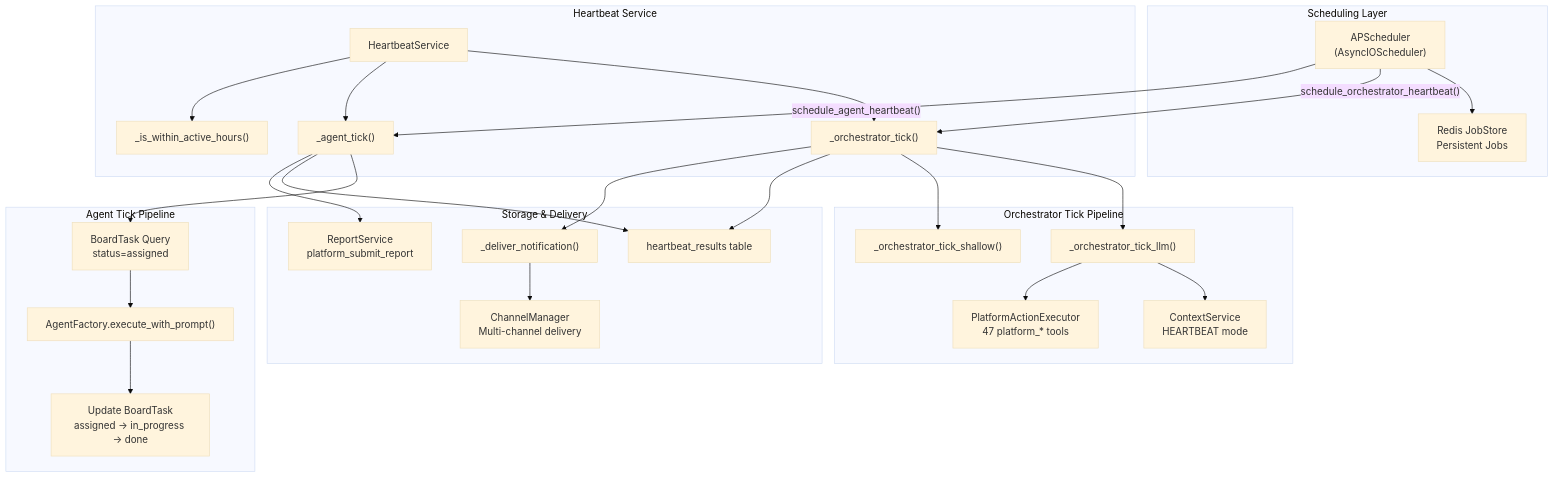
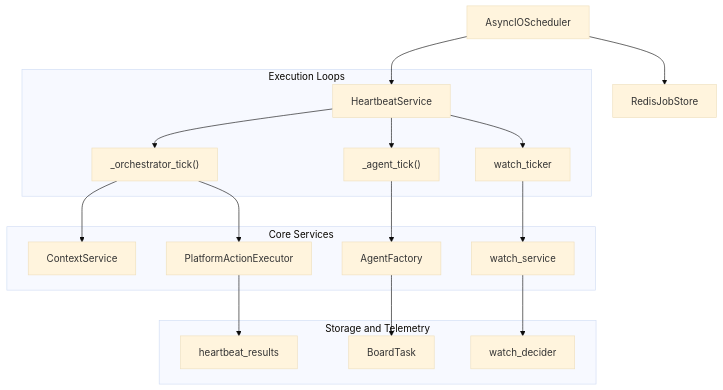
The diagram in docs/heartbeat-proactive-assistant/_index.md (AutomatosAI/automatos-ai), drawn with Mermaid (base theme) before and after one commit. The commit also changed other lines of this file and 191 other files, not shown here.

````diff
--- a/docs/heartbeat-proactive-assistant/_index.md
+++ b/docs/heartbeat-proactive-assistant/_index.md
@@ -37,57 +50,24 @@
 ```mermaid
 graph TB
-    subgraph "Scheduling Layer"
-        Scheduler["APScheduler<br/>(AsyncIOScheduler)"]
-        JobStore["Redis JobStore<br/>Persistent Jobs"]
-        Scheduler --> JobStore
+    Scheduler["AsyncIOScheduler"] --> JobStore["RedisJobStore"]
+    Scheduler --> HB["HeartbeatService"]
+    
+    subgraph "Execution Loops"
+        HB --> OrchestratorTick["_orchestrator_tick()"]
+        HB --> AgentTick["_agent_tick()"]
+        HB --> WatchTicker["watch_ticker"]
     end
     
-    subgraph "Heartbeat Service"
-        HB["HeartbeatService"]
-        OrchestratorTick["_orchestrator_tick()"]
-        AgentTick["_agent_tick()"]
-        ActiveHoursGuard["_is_within_active_hours()"]
-        
-        HB --> OrchestratorTick
-        HB --> AgentTick
-        HB --> ActiveHoursGuard
+    subgraph "Core Services"
+        OrchestratorTick --> ContextSvc["ContextService"]
+        OrchestratorTick --> PlatformExec["PlatformActionExecutor"]
+        AgentTick --> AgentFactory["AgentFactory"]
+        WatchTicker --> WatchService["watch_service"]
     end
     
-    subgraph "Orchestrator Tick Pipeline"
-        LLMMode["_orchestrator_tick_llm()"]
-        ShallowMode["_orchestrator_tick_shallow()"]
-        ContextSvc["ContextService<br/>HEARTBEAT mode"]
-        PlatformActions["PlatformActionExecutor<br/>47 platform_* tools"]
-        
-        OrchestratorTick --> LLMMode
-        OrchestratorTick --> ShallowMode
-        LLMMode --> ContextSvc
-        LLMMode --> PlatformActions
+    subgraph "Storage and Telemetry"
+        PlatformExec --> HBResults["heartbeat_results"]
+        AgentFactory --> BoardTasks["BoardTask"]
+        WatchService --> WatchDecider["watch_decider"]
     end
-    
-    subgraph "Agent Tick Pipeline"
-        BoardScan["BoardTask Query<br/>status=assigned"]
-        AgentFactory["AgentFactory.execute_with_prompt()"]
-        StatusUpdate["Update BoardTask<br/>assigned → in_progress → done"]
-        
-        AgentTick --> BoardScan
-        BoardScan --> AgentFactory
-        AgentFactory --> StatusUpdate
-    end
-    
-    subgraph "Storage & Delivery"
-        HeartbeatResults["heartbeat_results table"]
-        NotificationDelivery["_deliver_notification()"]
-        ChannelManager["ChannelManager<br/>Multi-channel delivery"]
-        ReportSvc["ReportService<br/>platform_submit_report"]
-        
-        OrchestratorTick --> HeartbeatResults
-        AgentTick --> HeartbeatResults
-        OrchestratorTick --> NotificationDelivery
-        NotificationDelivery --> ChannelManager
-        AgentTick --> ReportSvc
-    end
-    
-    Scheduler -->|"schedule_orchestrator_heartbeat()"| OrchestratorTick
-    Scheduler -->|"schedule_agent_heartbeat()"| AgentTick
 ```
````
